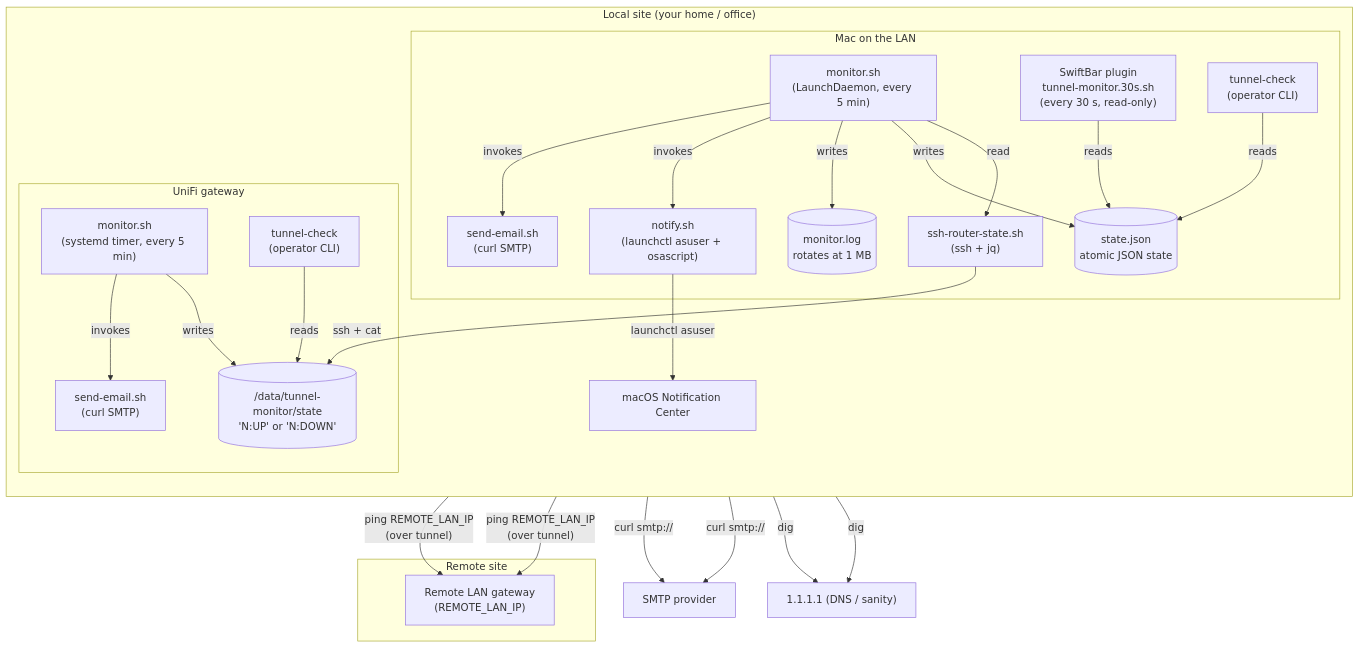
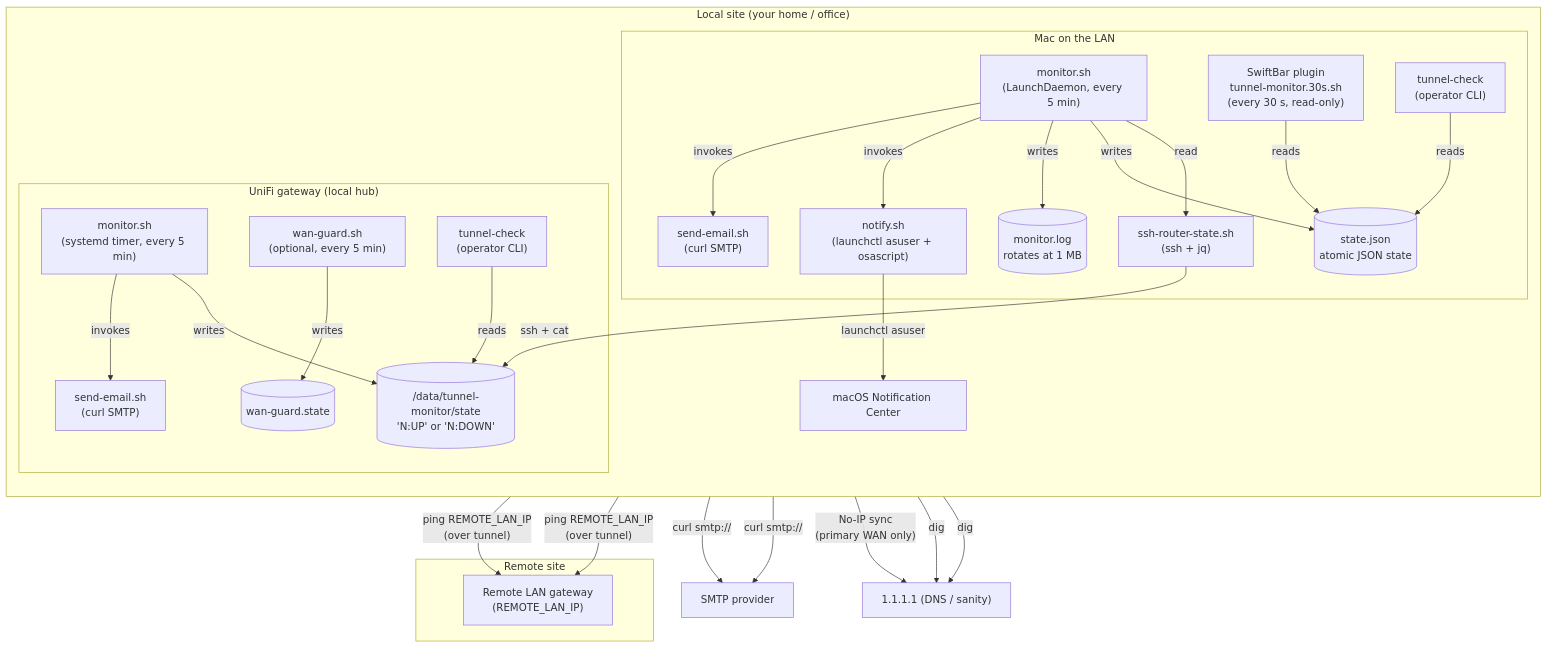
One commit to roto31/UniFi-Tunnel-Monitor changed the first of 7 diagrams in docs/architecture.md. Above: the diagram before and after it, drawn with Mermaid. The commit also changed other lines of this file and 15 other files, not shown here.

First line of the commit message:
docs: add public guides, diagrams, OpenVPN/WAN Guard runbooks

````diff
--- a/docs/architecture.md
+++ b/docs/architecture.md
@@ -11,55 +17,59 @@
 ```mermaid
 flowchart TB
     subgraph LOCAL_SITE["Local site (your home / office)"]
         direction TB
         subgraph MAC["Mac on the LAN"]
             MONITOR["monitor.sh<br/>(LaunchDaemon, every 5 min)"]
             STATEJSON[("state.json<br/>atomic JSON state")]
             LOGFILE[("monitor.log<br/>rotates at 1 MB")]
             SWIFTBAR["SwiftBar plugin<br/>tunnel-monitor.30s.sh<br/>(every 30 s, read-only)"]
             TC["tunnel-check<br/>(operator CLI)"]
             NOTIFY["notify.sh<br/>(launchctl asuser + osascript)"]
             SEND_M["send-email.sh<br/>(curl SMTP)"]
             SSH_R["ssh-router-state.sh<br/>(ssh + jq)"]
         end
 
-        subgraph GW["UniFi gateway"]
+        subgraph GW["UniFi gateway (local hub)"]
             UMON["monitor.sh<br/>(systemd timer, every 5 min)"]
             USTATE[("/data/tunnel-monitor/state<br/>'N:UP' or 'N:DOWN'")]
             USEND["send-email.sh<br/>(curl SMTP)"]
             UTC["tunnel-check<br/>(operator CLI)"]
+            WG["wan-guard.sh<br/>(optional, every 5 min)"]
+            WGSTATE[("wan-guard.state")]
         end
 
         NC["macOS Notification Center"]
     end
 
     subgraph REMOTE_SITE["Remote site"]
         REMOTE_GW["Remote LAN gateway<br/>(REMOTE_LAN_IP)"]
     end
 
     SMTP["SMTP provider"]
     PUBDNS["1.1.1.1 (DNS / sanity)"]
 
     MONITOR -- "ping REMOTE_LAN_IP<br/>(over tunnel)" --> REMOTE_GW
     UMON    -- "ping REMOTE_LAN_IP<br/>(over tunnel)" --> REMOTE_GW
 
     MONITOR -- "read" --> SSH_R
     SSH_R   -- "ssh + cat" --> USTATE
     MONITOR -- "writes" --> STATEJSON
     MONITOR -- "writes" --> LOGFILE
     MONITOR -- "invokes" --> NOTIFY
     MONITOR -- "invokes" --> SEND_M
     NOTIFY  -- "launchctl asuser" --> NC
     SEND_M  -- "curl smtp://" --> SMTP
 
     UMON    -- "writes" --> USTATE
     UMON    -- "invokes" --> USEND
     USEND   -- "curl smtp://" --> SMTP
+    WG      -- "writes" --> WGSTATE
+    WG      -- "No-IP sync<br/>(primary WAN only)" --> PUBDNS
 
     SWIFTBAR -- "reads" --> STATEJSON
     TC       -- "reads" --> STATEJSON
     UTC      -- "reads" --> USTATE
 
     MONITOR  -- "dig" --> PUBDNS
     UMON     -- "dig" --> PUBDNS
 ```
````
